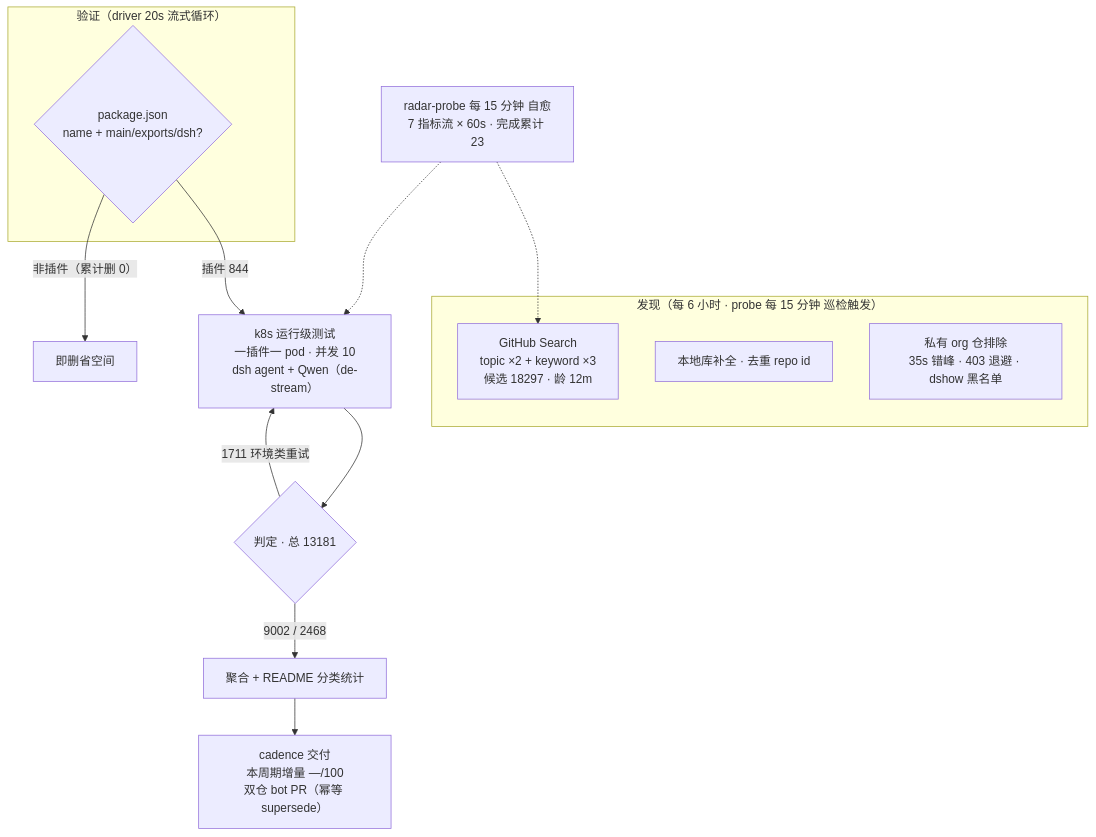
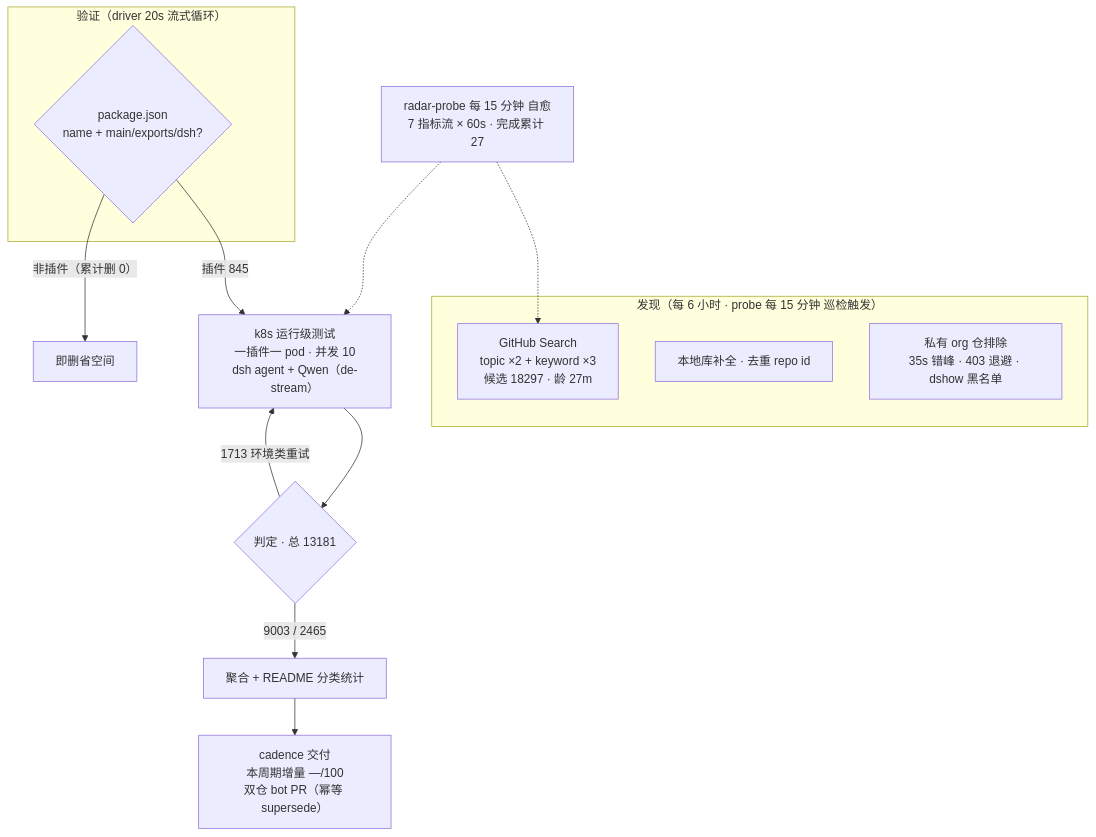
One commit to AdamPlatin123/awesome-dsh-plugins changed the diagram in README.md. Above: the diagram before and after it, drawn with Mermaid. The commit also changed other lines of this file and 5 other files, not shown here.

````diff
--- a/README.md
+++ b/README.md
@@ -52,20 +52,20 @@
 ```mermaid
 flowchart TB
     subgraph Discovery["发现（每 6 小时 · probe 每 15 分钟 巡检触发）"]
-        A1["GitHub Search<br/>topic ×2 + keyword ×3<br/>候选 18297 · 龄 12m"]
+        A1["GitHub Search<br/>topic ×2 + keyword ×3<br/>候选 18297 · 龄 27m"]
         A2["本地库补全 · 去重 repo id"]
         A3["私有 org 仓排除<br/>35s 错峰 · 403 退避 · dshow 黑名单"]
     end
     subgraph Validation["验证（driver 20s 流式循环）"]
         B1{"package.json<br/>name + main/exports/dsh?"}
     end
-    B1 -->|"插件 844"| C1["k8s 运行级测试<br/>一插件一 pod · 并发 10<br/>dsh agent + Qwen（de-stream）"]
+    B1 -->|"插件 845"| C1["k8s 运行级测试<br/>一插件一 pod · 并发 10<br/>dsh agent + Qwen（de-stream）"]
     B1 -->|"非插件（累计删 0）"| B3["即删省空间"]
     C1 --> D1{"判定 · 总 13181"}
-    D1 -->|"9002 / 2468"| E1["聚合 + README 分类统计"]
-    D1 -->|"1711 环境类重试"| C1
+    D1 -->|"9003 / 2465"| E1["聚合 + README 分类统计"]
+    D1 -->|"1713 环境类重试"| C1
     E1 --> E2["cadence 交付<br/>本周期增量 —/100<br/>双仓 bot PR（幂等 supersede）"]
-    M["radar-probe 每 15 分钟 自愈<br/>7 指标流 × 60s · 完成累计 23"]
+    M["radar-probe 每 15 分钟 自愈<br/>7 指标流 × 60s · 完成累计 27"]
     M -.-> A1
     M -.-> C1
 ```
````
